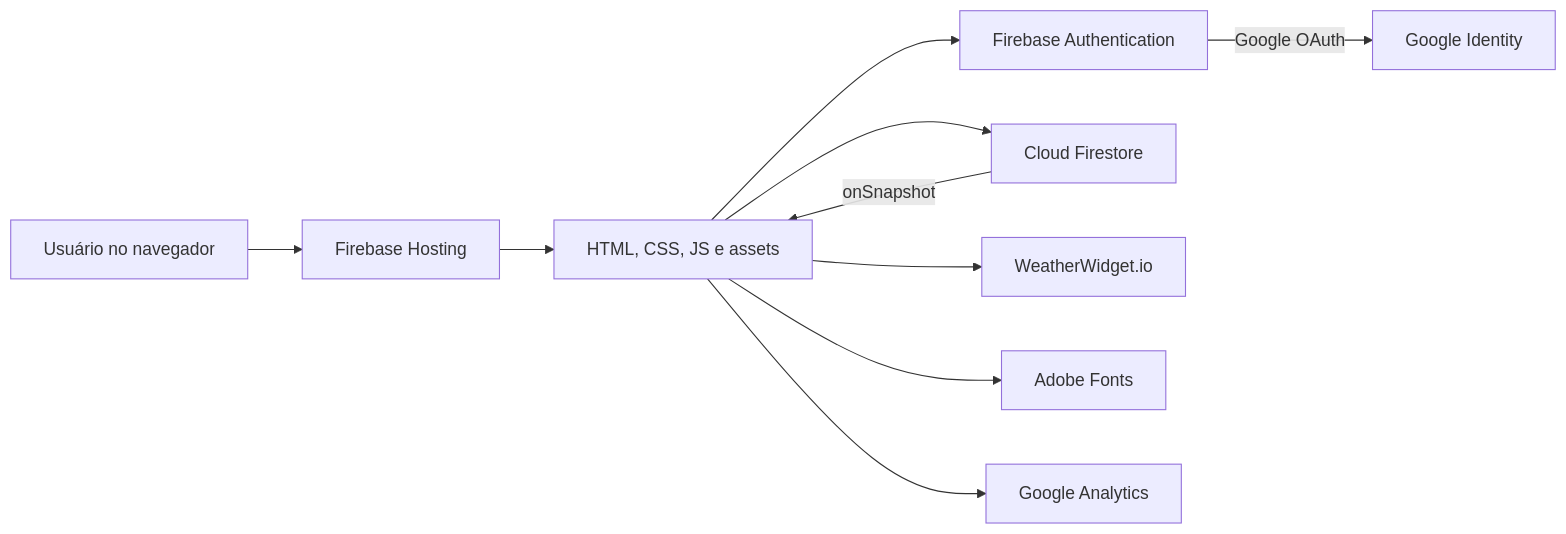
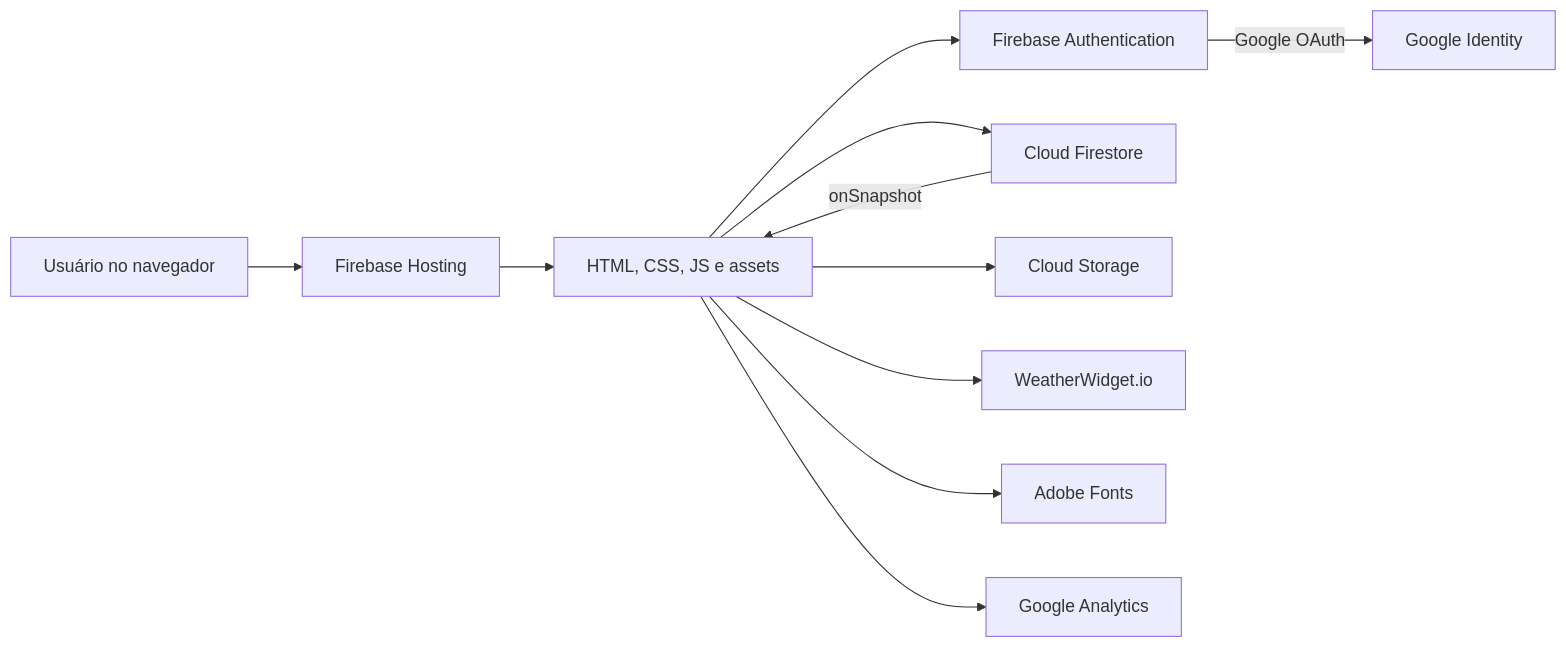
One commit to gaabrielrd/timekeeper changed the first of 3 diagrams in docs/architecture.md. Above: the diagram before and after it, drawn with Mermaid. The commit also changed other lines of this file and 21 other files, not shown here.

````diff
--- a/docs/architecture.md
+++ b/docs/architecture.md
@@ -9,12 +9,13 @@
 ```mermaid
 flowchart LR
     U["Usuário no navegador"] --> H["Firebase Hosting"]
     H --> A["HTML, CSS, JS e assets"]
     A --> AUTH["Firebase Authentication"]
     A --> DB["Cloud Firestore"]
+    A --> S["Cloud Storage"]
     A --> W["WeatherWidget.io"]
     A --> F["Adobe Fonts"]
     A --> G["Google Analytics"]
     AUTH -->|"Google OAuth"| O["Google Identity"]
     DB -->|"onSnapshot"| A
 ```
````
